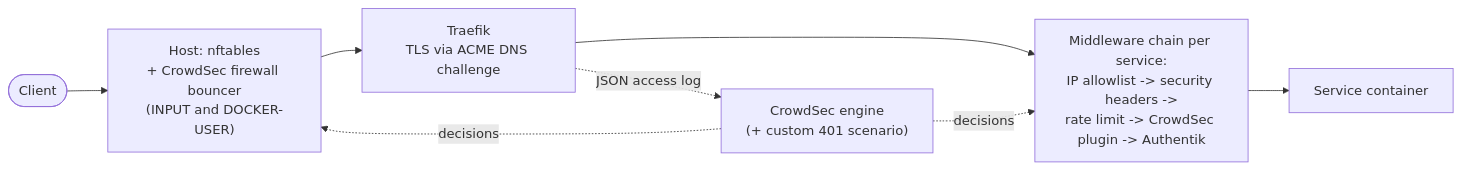
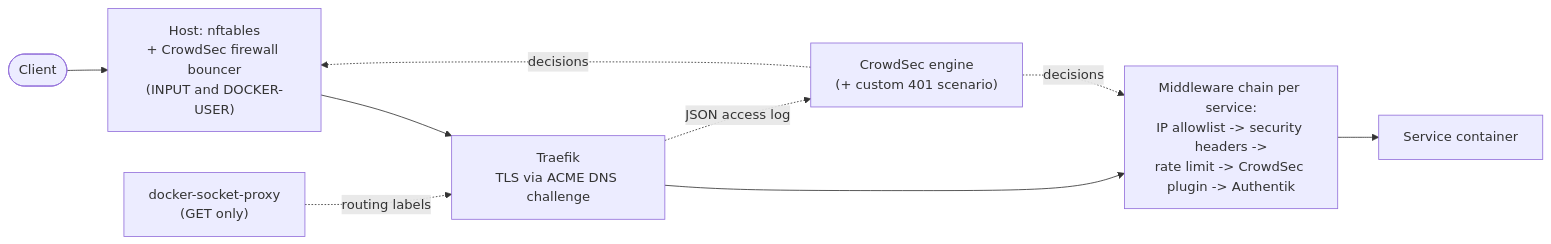
Before and after one commit to chri-hoff/homelab-showcase: the diagram in edge-security/README.md, drawn with Mermaid. The commit also changed other lines of this file and 73 other files, not shown here.

````diff
--- a/edge-security/README.md
+++ b/edge-security/README.md
@@ -6,10 +6,11 @@
 ```mermaid
 flowchart LR
     C(["Client"]) --> FW["Host: nftables<br/>+ CrowdSec firewall bouncer<br/>(INPUT and DOCKER-USER)"]
     FW --> T["Traefik<br/>TLS via ACME DNS challenge"]
     T --> MW["Middleware chain per service:<br/>IP allowlist -> security headers -><br/>rate limit -> CrowdSec plugin -> Authentik"]
     MW --> S["Service container"]
+    SP["docker-socket-proxy<br/>(GET only)"] -. "routing labels" .-> T
     T -. "JSON access log" .-> CS["CrowdSec engine<br/>(+ custom 401 scenario)"]
     CS -. "decisions" .-> FW
     CS -. "decisions" .-> MW
 ```
````
